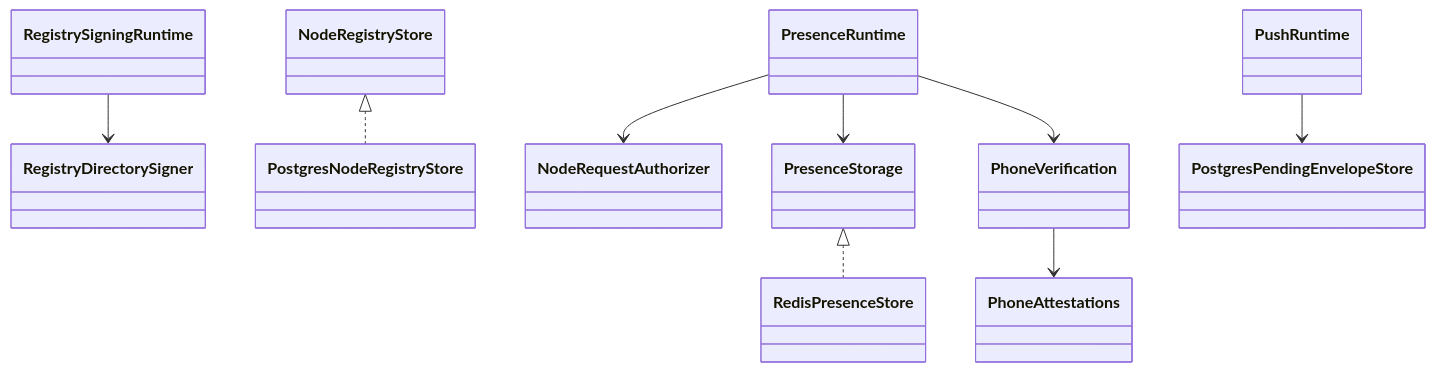
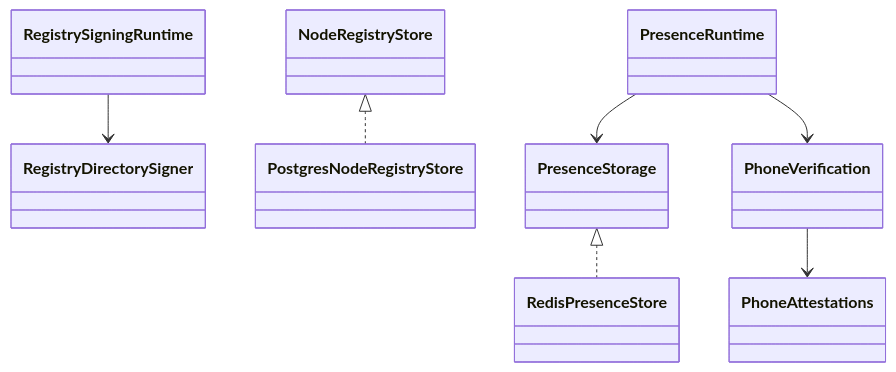
The second of 3 diagrams in docs/server/overview.md (cbgm/Sparrow), drawn with Mermaid before and after one commit. The commit also changed other lines of this file and 231 other files, not shown here.

Commit message:
Remove the WebSocket session, the push service and envelope federation

````diff
--- a/docs/server/overview.md
+++ b/docs/server/overview.md
@@ -158,24 +132,19 @@
 ```mermaid
 classDiagram
     class RegistrySigningRuntime
     class RegistryDirectorySigner
     class NodeRegistryStore
     class PostgresNodeRegistryStore
     class PresenceRuntime
-    class NodeRequestAuthorizer
     class PresenceStorage
     class RedisPresenceStore
     class PhoneVerification
     class PhoneAttestations
-    class PushRuntime
-    class PostgresPendingEnvelopeStore
 
     RegistrySigningRuntime --> RegistryDirectorySigner
     NodeRegistryStore <|.. PostgresNodeRegistryStore
-    PresenceRuntime --> NodeRequestAuthorizer
     PresenceRuntime --> PresenceStorage
     PresenceStorage <|.. RedisPresenceStore
     PresenceRuntime --> PhoneVerification
     PhoneVerification --> PhoneAttestations
-    PushRuntime --> PostgresPendingEnvelopeStore
 ```
````
